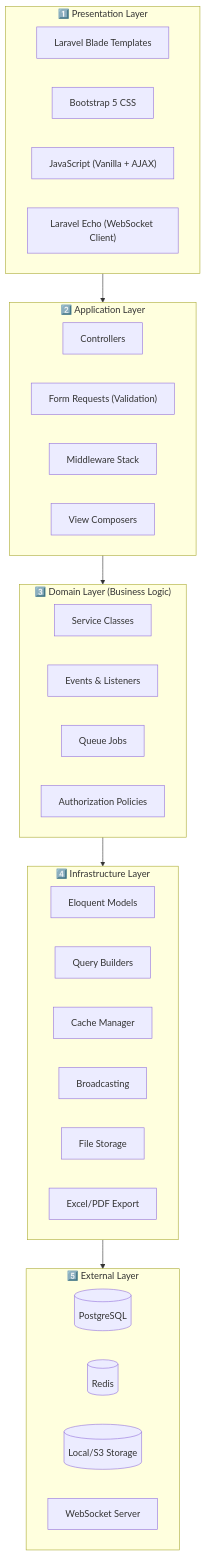
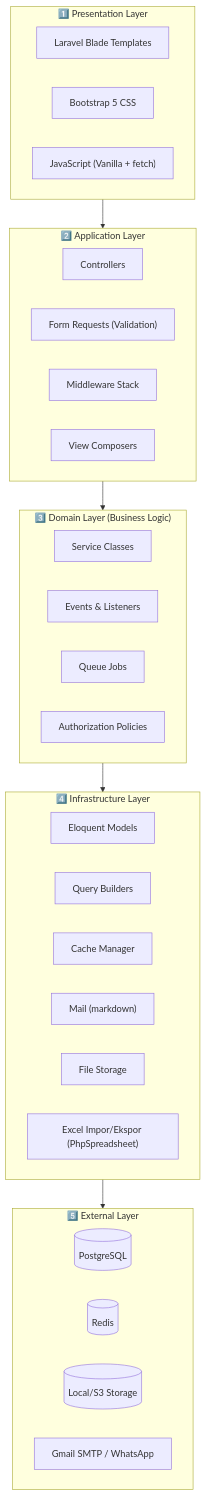
Before and after one commit to alfianmutaqin/berger-wms: the second of 6 diagrams in docs/3_system_architecture.md, drawn with Mermaid. The commit also changed other lines of this file and 9 other files, not shown here.

````diff
--- a/docs/3_system_architecture.md
+++ b/docs/3_system_architecture.md
@@ -93,44 +100,43 @@
 ```mermaid
 graph TB
     subgraph PRESENTATION ["1️⃣ Presentation Layer"]
         BLADE["Laravel Blade Templates"]
         BOOTSTRAP["Bootstrap 5 CSS"]
-        JS["JavaScript (Vanilla + AJAX)"]
-        ECHO["Laravel Echo (WebSocket Client)"]
+        JS["JavaScript (Vanilla + fetch)"]
     end
     
     subgraph APPLICATION ["2️⃣ Application Layer"]
         CONTROLLERS["Controllers"]
         REQUESTS["Form Requests (Validation)"]
         MIDDLEWARE["Middleware Stack"]
         RESOURCES["View Composers"]
     end
     
     subgraph DOMAIN ["3️⃣ Domain Layer (Business Logic)"]
         SERVICES["Service Classes"]
         EVENTS["Events & Listeners"]
         JOBS["Queue Jobs"]
         POLICIES["Authorization Policies"]
     end
     
     subgraph INFRASTRUCTURE ["4️⃣ Infrastructure Layer"]
         MODELS["Eloquent Models"]
         REPOS["Query Builders"]
         CACHE_SVC["Cache Manager"]
-        BROADCAST["Broadcasting"]
+        MAIL["Mail (markdown)"]
         STORAGE["File Storage"]
-        EXPORT["Excel/PDF Export"]
+        EXPORT["Excel Impor/Ekspor (PhpSpreadsheet)"]
     end
     
     subgraph EXTERNAL ["5️⃣ External Layer"]
         DB[("PostgreSQL")]
         REDIS_EXT[("Redis")]
         FILESYSTEM[("Local/S3 Storage")]
-        WS_SERVER["WebSocket Server"]
+        SMTP["Gmail SMTP / WhatsApp"]
     end
     
     PRESENTATION --> APPLICATION
     APPLICATION --> DOMAIN
     DOMAIN --> INFRASTRUCTURE
     INFRASTRUCTURE --> EXTERNAL
 ```
````
